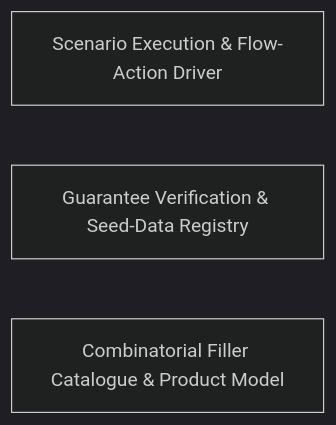
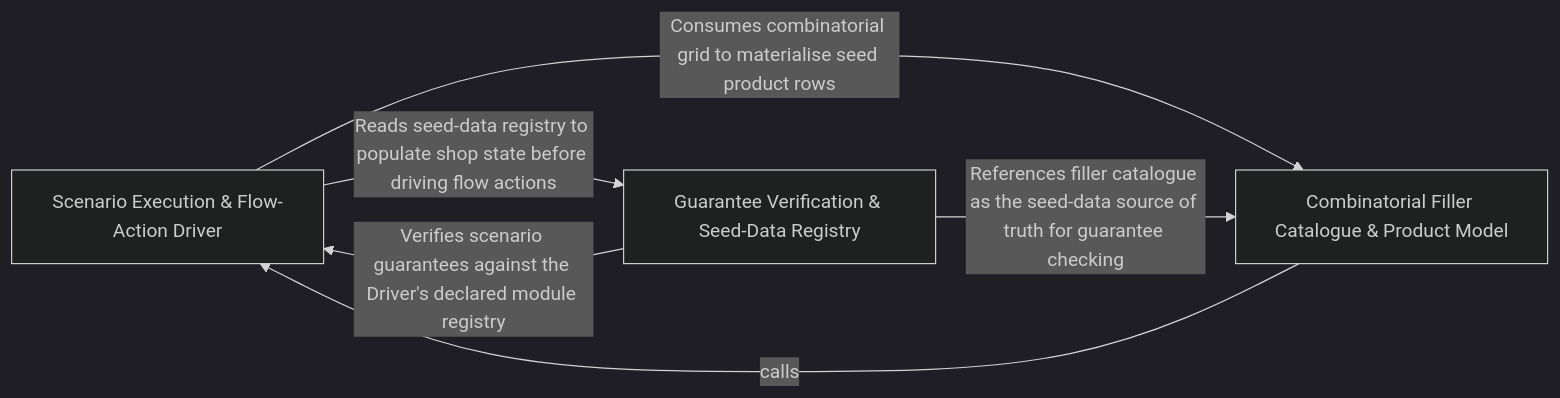
One commit to Guebbit/boilerplate-node-backend changed the diagram in .2brain/arch/Scenario_Guarantee_Check_Filler_Catalogue.md. Above: the diagram before and after it, drawn with Mermaid (dark theme). The commit also changed other lines of this file and 627 other files, not shown here.

````diff
--- a/.2brain/arch/Scenario_Guarantee_Check_Filler_Catalogue.md
+++ b/.2brain/arch/Scenario_Guarantee_Check_Filler_Catalogue.md
@@ -10,9 +10,14 @@
 ```mermaid
 graph LR
     Scenario_Execution_Flow_Action_Driver["Scenario Execution & Flow-Action Driver"]
     Guarantee_Verification_Seed_Data_Registry["Guarantee Verification & Seed-Data Registry"]
     Combinatorial_Filler_Catalogue_Product_Model["Combinatorial Filler Catalogue & Product Model"]
+    Scenario_Execution_Flow_Action_Driver -- "Reads seed-data registry to populate shop state before driving flow actions" --> Guarantee_Verification_Seed_Data_Registry
+    Scenario_Execution_Flow_Action_Driver -- "Consumes combinatorial grid to materialise seed product rows" --> Combinatorial_Filler_Catalogue_Product_Model
+    Guarantee_Verification_Seed_Data_Registry -- "Verifies scenario guarantees against the Driver's declared module registry" --> Scenario_Execution_Flow_Action_Driver
+    Guarantee_Verification_Seed_Data_Registry -- "References filler catalogue as the seed-data source of truth for guarantee checking" --> Combinatorial_Filler_Catalogue_Product_Model
+    Combinatorial_Filler_Catalogue_Product_Model -- "calls" --> Scenario_Execution_Flow_Action_Driver
     click Scenario_Execution_Flow_Action_Driver href "./Scenario_Execution_Flow_Action_Driver.md" "Details"
     click Guarantee_Verification_Seed_Data_Registry href "./Guarantee_Verification_Seed_Data_Registry.md" "Details"
     click Combinatorial_Filler_Catalogue_Product_Model href "./Combinatorial_Filler_Catalogue_Product_Model.md" "Details"
 ```
````
